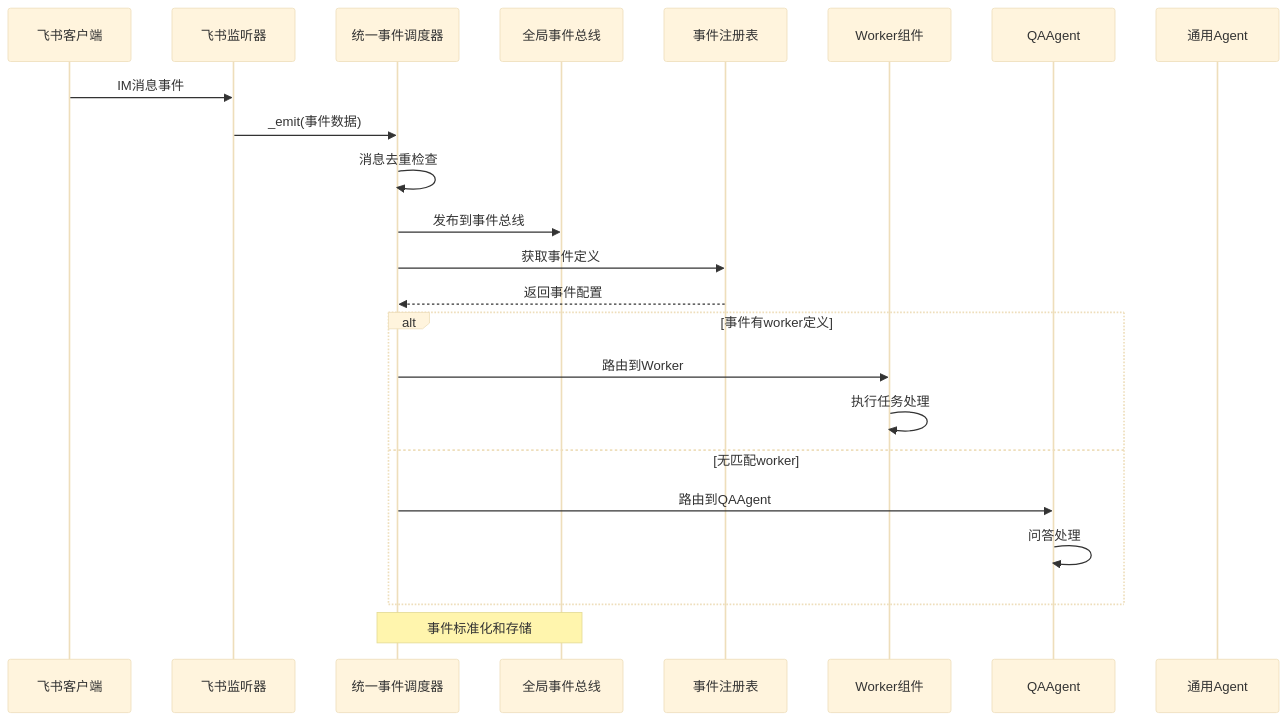
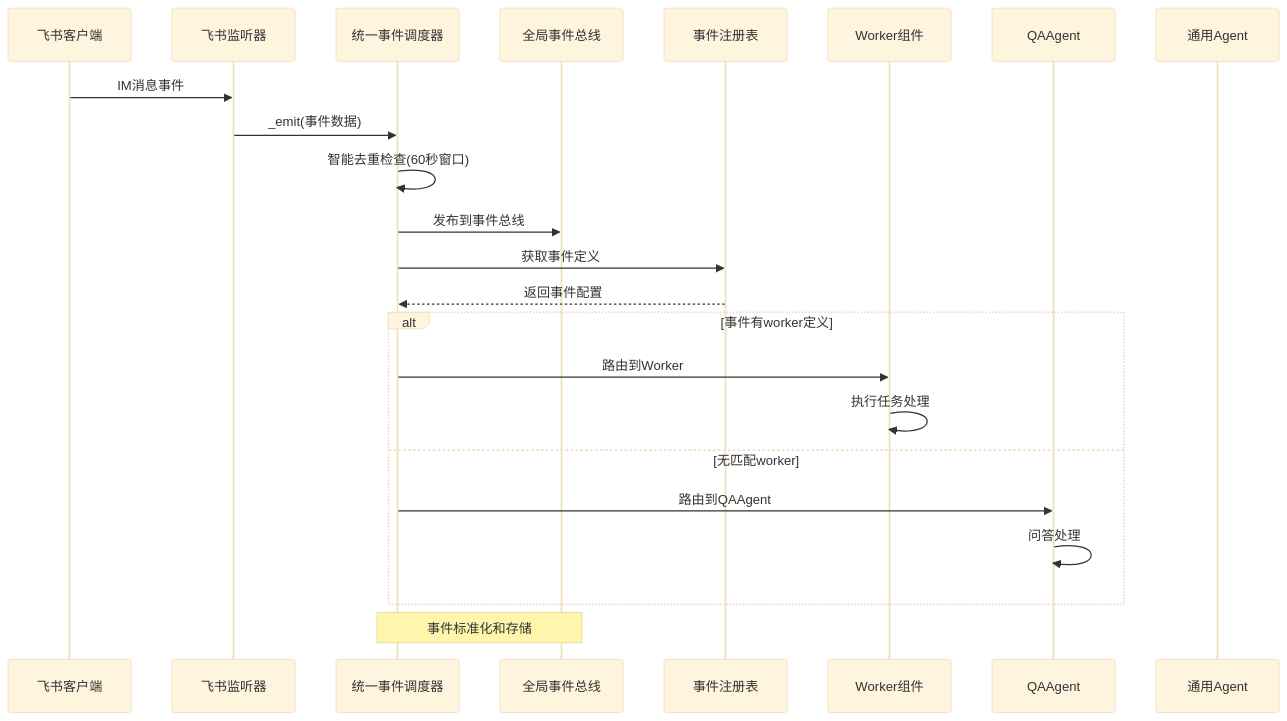
The second of 10 diagrams in .qoder/repowiki/zh/content/系统架构/事件驱动系统/统一事件调度器.md (angledick/-), drawn with Mermaid (base theme) before and after one commit. The commit also changed other lines of this file and 9 other files, not shown here.

````diff
--- a/.qoder/repowiki/zh/content/系统架构/事件驱动系统/统一事件调度器.md
+++ b/.qoder/repowiki/zh/content/系统架构/事件驱动系统/统一事件调度器.md
@@ -111,25 +123,25 @@
 ```mermaid
 sequenceDiagram
 participant FS as 飞书客户端
 participant FL as 飞书监听器
 participant UED as 统一事件调度器
 participant GEB as 全局事件总线
 participant ER as 事件注册表
 participant WA as Worker组件
 participant QA as QAAgent
 participant AG as 通用Agent
 FS->>FL : IM消息事件
 FL->>UED : _emit(事件数据)
-UED->>UED : 消息去重检查
+UED->>UED : 智能去重检查(60秒窗口)
 UED->>GEB : 发布到事件总线
 UED->>ER : 获取事件定义
 ER-->>UED : 返回事件配置
 alt 事件有worker定义
 UED->>WA : 路由到Worker
 WA->>WA : 执行任务处理
 else 无匹配worker
 UED->>QA : 路由到QAAgent
 QA->>QA : 问答处理
 end
 note over UED,GEB : 事件标准化和存储
 ```
````
